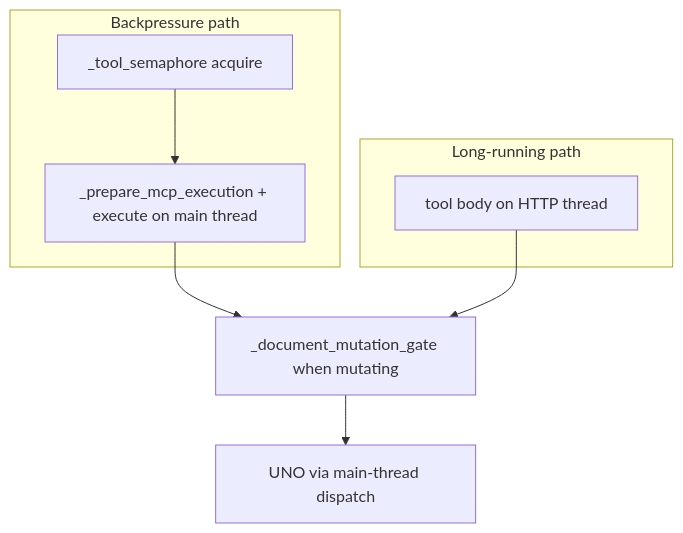
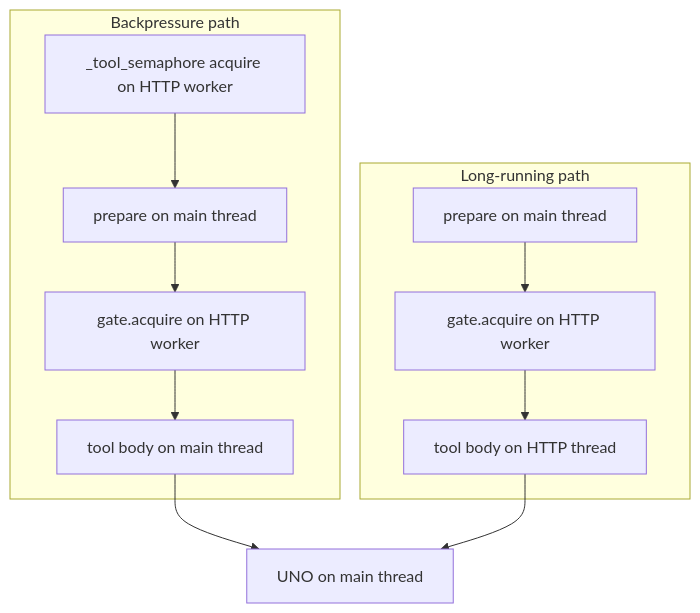
Before and after one commit to KeithCu/writeragent: the first of 3 diagrams in docs/framework/threading.md, drawn with Mermaid. The commit also changed other lines of this file and 4 other files, not shown here.

First line of the commit message:
Pin MCP tool calls to the main-thread-safe execute path.

````diff
--- a/docs/framework/threading.md
+++ b/docs/framework/threading.md
@@ -37,14 +37,18 @@
 ```mermaid
 flowchart TB
     subgraph backpressure [Backpressure path]
-        Sem["_tool_semaphore acquire"]
-        MainRun["_prepare_mcp_execution + execute on main thread"]
-        Sem --> MainRun
+        Sem["_tool_semaphore acquire on HTTP worker"]
+        Prep["prepare on main thread"]
+        GateWait["gate.acquire on HTTP worker"]
+        MainRun["tool body on main thread"]
+        Sem --> Prep --> GateWait --> MainRun
     end
     subgraph longrun [Long-running path]
+        HttpPrep["prepare on main thread"]
+        HttpGate["gate.acquire on HTTP worker"]
         HttpRun["tool body on HTTP thread"]
+        HttpPrep --> HttpGate --> HttpRun
     end
-    MainRun --> Gate["_document_mutation_gate when mutating"]
-    HttpRun --> Gate
-    Gate --> Uno["UNO via main-thread dispatch"]
+    MainRun --> Uno["UNO on main thread"]
+    HttpRun --> Uno
 ```
````
